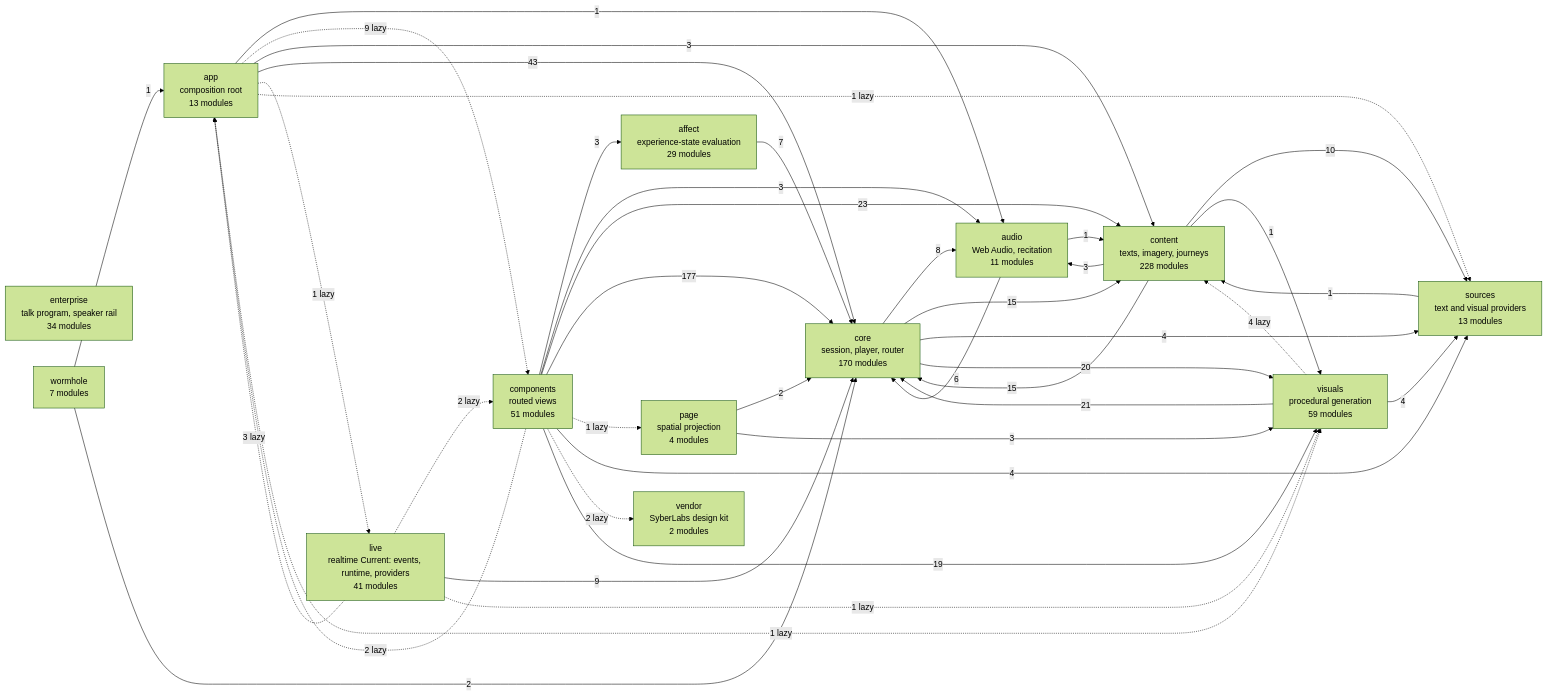
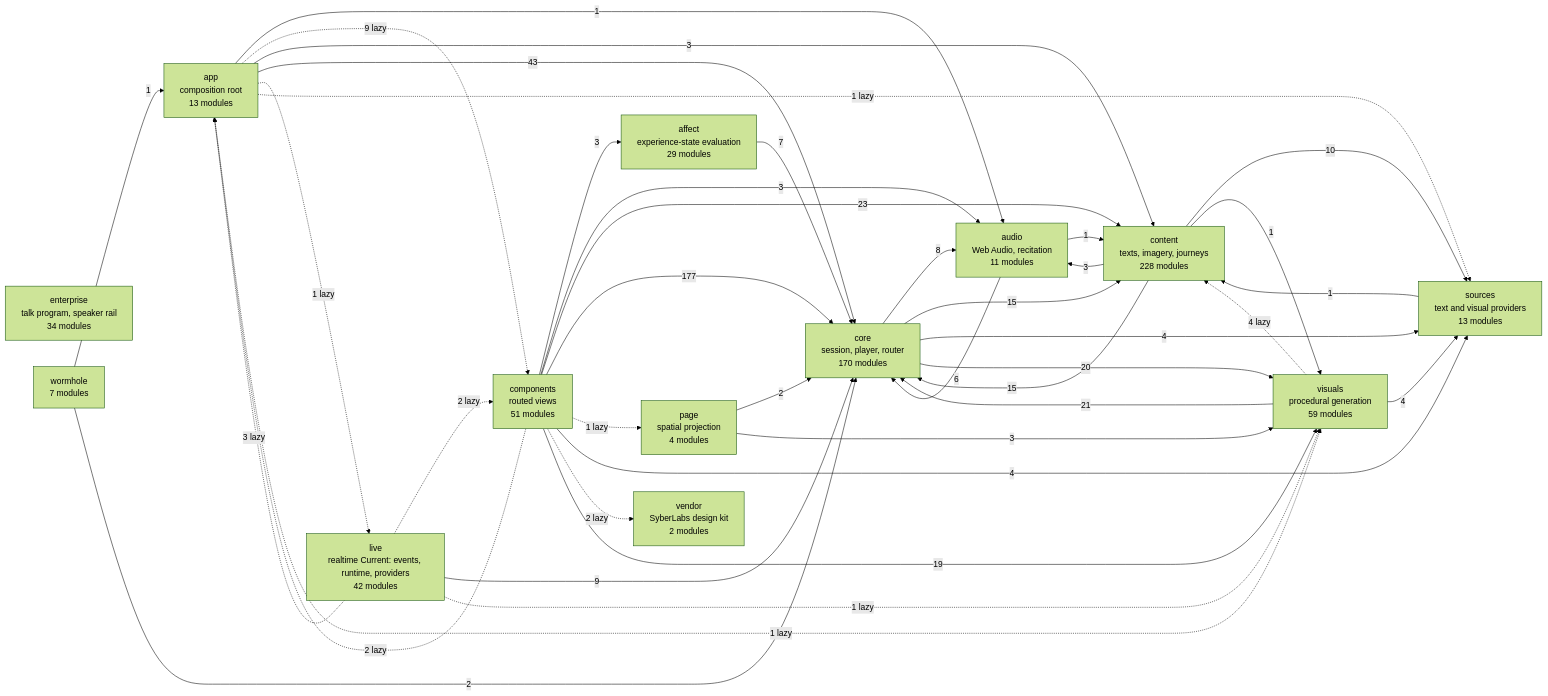
The diagram in docs/specs/ARCHITECTURE.md (SyberLabs/RISE), drawn with Mermaid (forest theme) before and after one commit. The commit also changed 3 other files, not shown here.

First line of the commit message:
The poster's title clips to three lines, the stage check counts what a reader can scroll, and the diagram counts the stage

````diff
--- a/docs/specs/ARCHITECTURE.md
+++ b/docs/specs/ARCHITECTURE.md
@@ -154,56 +154,56 @@
 ```mermaid
 flowchart LR
     affect["affect<br/>experience-state evaluation<br/>29 modules"]
     app["app<br/>composition root<br/>13 modules"]
     audio["audio<br/>Web Audio, recitation<br/>11 modules"]
     components["components<br/>routed views<br/>51 modules"]
     content["content<br/>texts, imagery, journeys<br/>228 modules"]
     core["core<br/>session, player, router<br/>170 modules"]
     enterprise["enterprise<br/>talk program, speaker rail<br/>34 modules"]
-    live["live<br/>realtime Current: events, runtime, providers<br/>41 modules"]
+    live["live<br/>realtime Current: events, runtime, providers<br/>42 modules"]
     page["page<br/>spatial projection<br/>4 modules"]
     sources["sources<br/>text and visual providers<br/>13 modules"]
     vendor["vendor<br/>SyberLabs design kit<br/>2 modules"]
     visuals["visuals<br/>procedural generation<br/>59 modules"]
     wormhole["wormhole<br/>7 modules"]
 
     affect --> |7| core
     app --> |1| audio
     app -.-> |9 lazy| components
     app --> |3| content
     app --> |43| core
     app -.-> |1 lazy| live
     app -.-> |1 lazy| sources
     app -.-> |1 lazy| visuals
     audio --> |1| content
     audio --> |6| core
     components --> |3| affect
     components -.-> |2 lazy| app
     components --> |3| audio
     components --> |23| content
     components --> |177| core
     components -.-> |1 lazy| page
     components --> |4| sources
     components -.-> |2 lazy| vendor
     components --> |19| visuals
     content --> |3| audio
     content --> |15| core
     content --> |10| sources
     content --> |1| visuals
     core --> |8| audio
     core --> |15| content
     core --> |4| sources
     core --> |20| visuals
     live -.-> |3 lazy| app
     live -.-> |2 lazy| components
     live --> |9| core
     live -.-> |1 lazy| visuals
     page --> |2| core
     page --> |3| visuals
     sources --> |1| content
     visuals -.-> |4 lazy| content
     visuals --> |21| core
     visuals --> |4| sources
     wormhole --> |1| app
     wormhole --> |2| core
 ```
````
